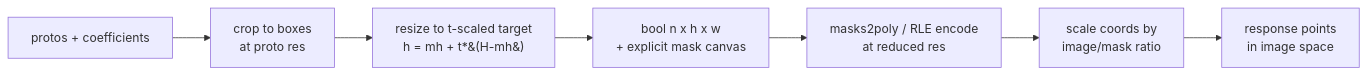
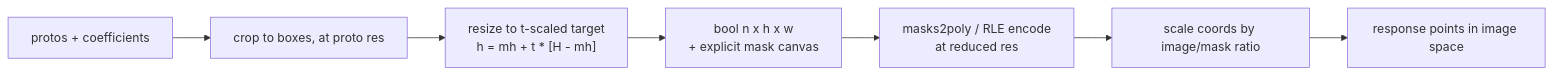
Before and after one commit to roboflow/inference: the second of 2 diagrams in docs/feat/instance-seg-tradeoff-factor.md, drawn with Mermaid. The commit also changed other lines of this file, not shown here.

Commit message:
Fix Mermaid diagram rendering in the tradeoff_factor plan

````diff
--- a/docs/feat/instance-seg-tradeoff-factor.md
+++ b/docs/feat/instance-seg-tradeoff-factor.md
@@ -86,9 +86,9 @@
 ```mermaid
 flowchart LR
-    A[protos + coefficients] --> B[crop to boxes<br/>at proto res]
-    B --> C[resize to t-scaled target<br/>h = mh + t*&#40;H-mh&#41;]
-    C --> D[bool n x h x w<br/>+ explicit mask canvas]
-    D --> E[masks2poly / RLE encode<br/>at reduced res]
-    E --> F[scale coords by<br/>image/mask ratio]
-    F --> G[response points<br/>in image space]
+    A["protos + coefficients"] --> B["crop to boxes, at proto res"]
+    B --> C["resize to t-scaled target<br>h = mh + t * [H - mh]"]
+    C --> D["bool n x h x w<br>+ explicit mask canvas"]
+    D --> E["masks2poly / RLE encode<br>at reduced res"]
+    E --> F["scale coords by image/mask ratio"]
+    F --> G["response points in image space"]
 ```
````
